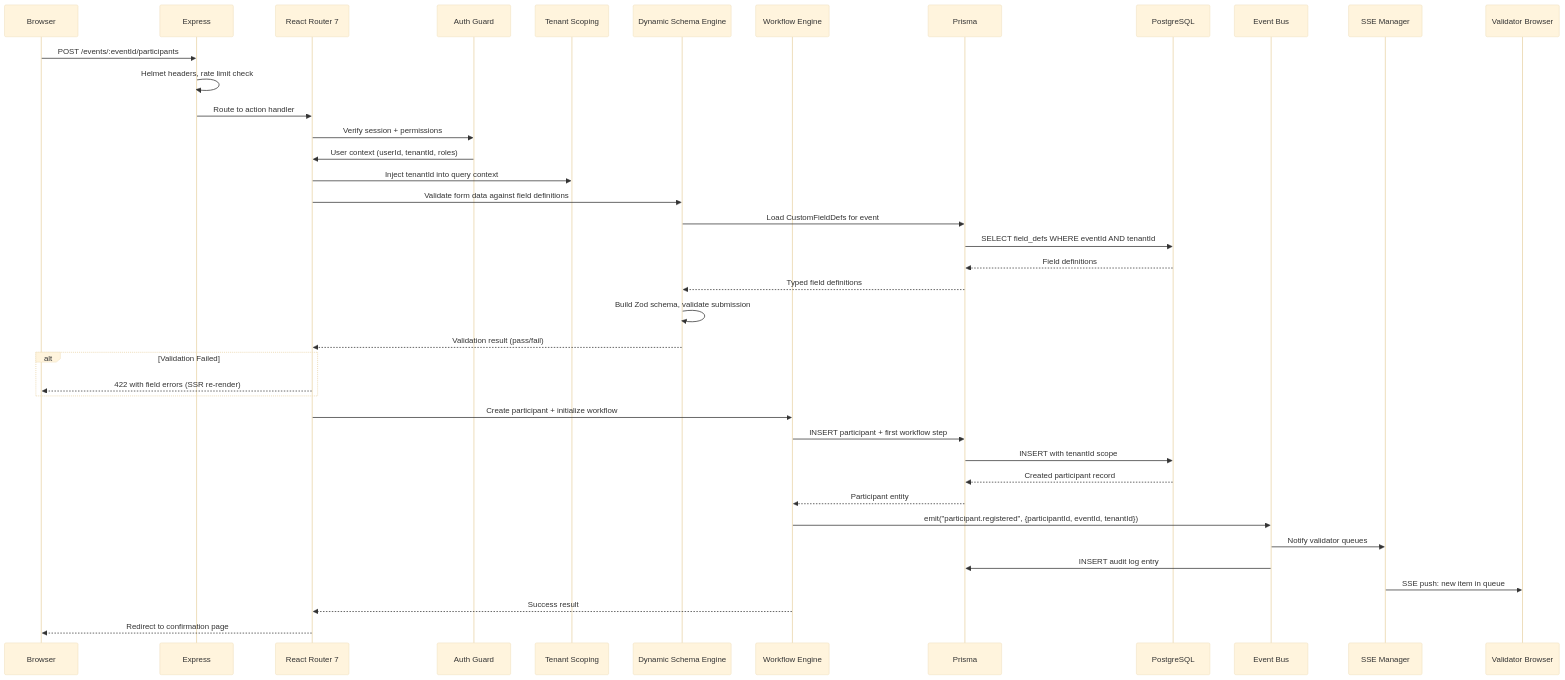
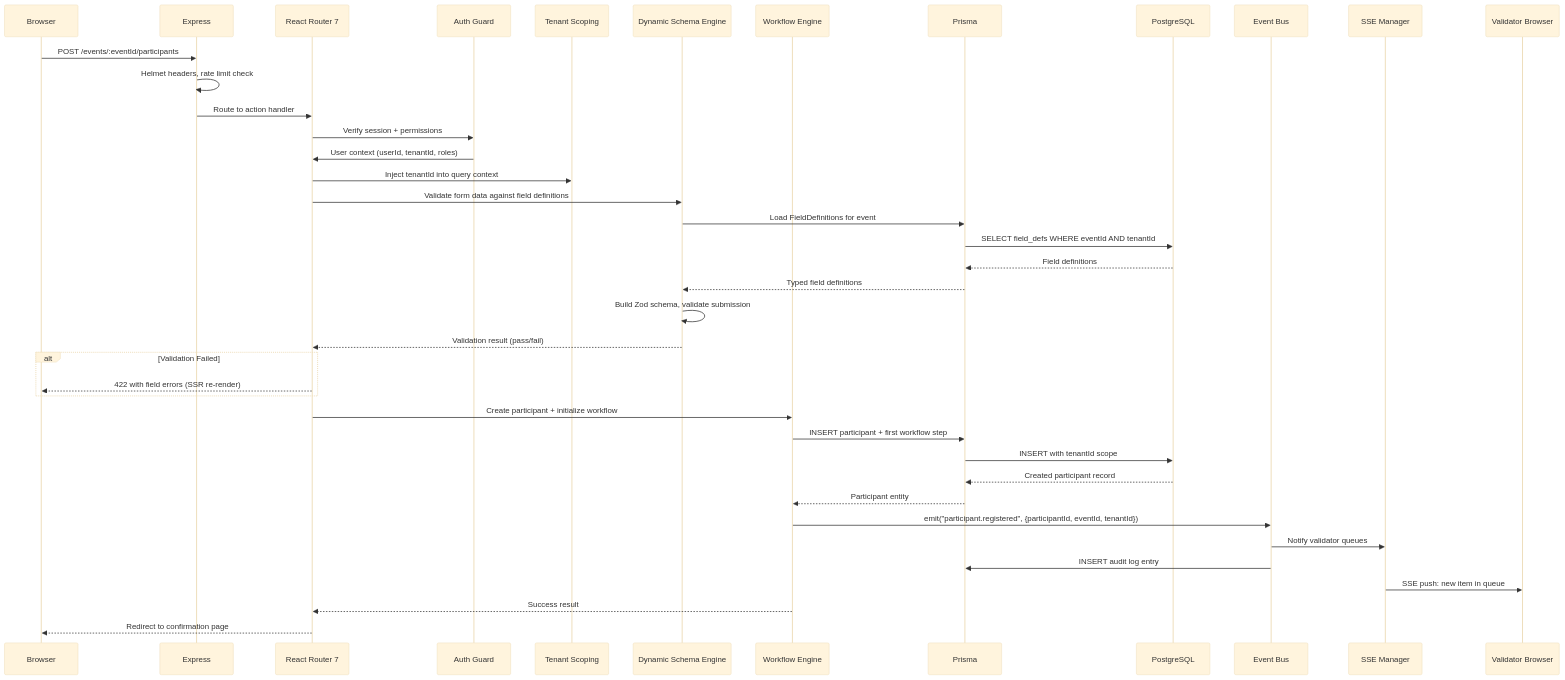
One commit to binalfew/events changed the third of 7 diagrams in docs/modules/00-ARCHITECTURE-OVERVIEW.md. Above: the diagram before and after it, drawn with Mermaid (base theme). The commit also changed other lines of this file and 44 other files, not shown here.

````diff
--- a/docs/modules/00-ARCHITECTURE-OVERVIEW.md
+++ b/docs/modules/00-ARCHITECTURE-OVERVIEW.md
@@ -416,45 +416,45 @@
 ```mermaid
 sequenceDiagram
     participant B as Browser
     participant E as Express
     participant RR as React Router 7
     participant AUTH as Auth Guard
     participant TS as Tenant Scoping
     participant DSE as Dynamic Schema Engine
     participant WF as Workflow Engine
     participant P as Prisma
     participant DB as PostgreSQL
     participant EB as Event Bus
     participant SSE as SSE Manager
     participant V as Validator Browser
 
     B->>E: POST /events/:eventId/participants
     E->>E: Helmet headers, rate limit check
     E->>RR: Route to action handler
     RR->>AUTH: Verify session + permissions
     AUTH->>RR: User context (userId, tenantId, roles)
     RR->>TS: Inject tenantId into query context
     RR->>DSE: Validate form data against field definitions
-    DSE->>P: Load CustomFieldDefs for event
+    DSE->>P: Load FieldDefinitions for event
     P->>DB: SELECT field_defs WHERE eventId AND tenantId
     DB-->>P: Field definitions
     P-->>DSE: Typed field definitions
     DSE->>DSE: Build Zod schema, validate submission
     DSE-->>RR: Validation result (pass/fail)
 
     alt Validation Failed
         RR-->>B: 422 with field errors (SSR re-render)
     end
 
     RR->>WF: Create participant + initialize workflow
     WF->>P: INSERT participant + first workflow step
     P->>DB: INSERT with tenantId scope
     DB-->>P: Created participant record
     P-->>WF: Participant entity
     WF->>EB: emit("participant.registered", {participantId, eventId, tenantId})
     EB->>SSE: Notify validator queues
     EB->>P: INSERT audit log entry
     SSE->>V: SSE push: new item in queue
     WF-->>RR: Success result
     RR-->>B: Redirect to confirmation page
 ```
````
